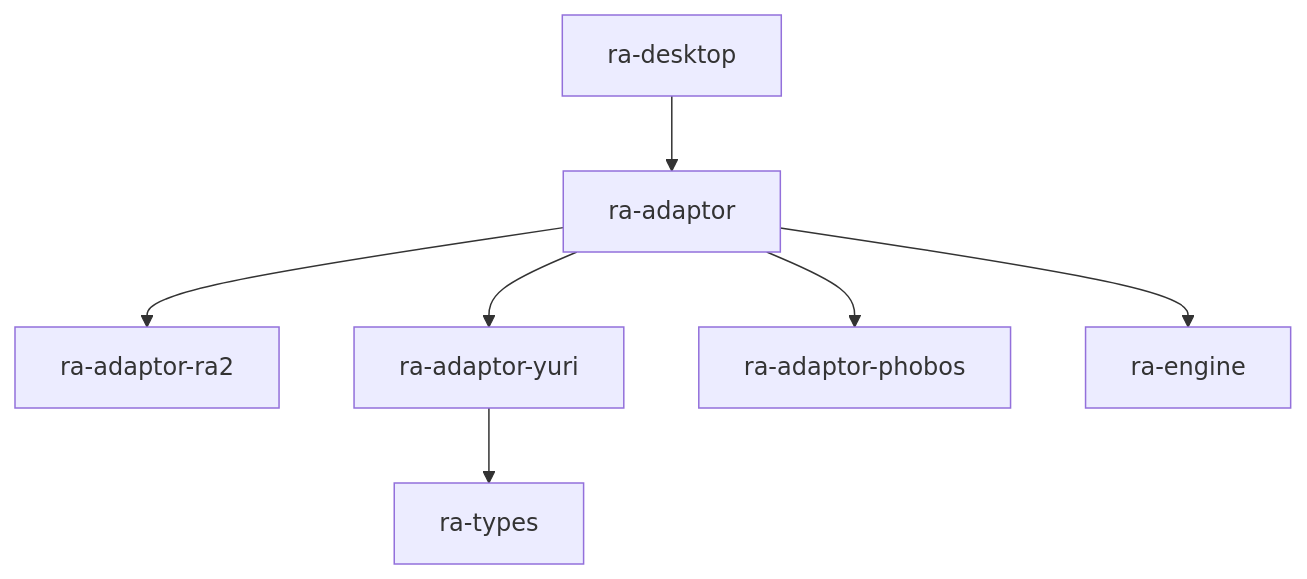
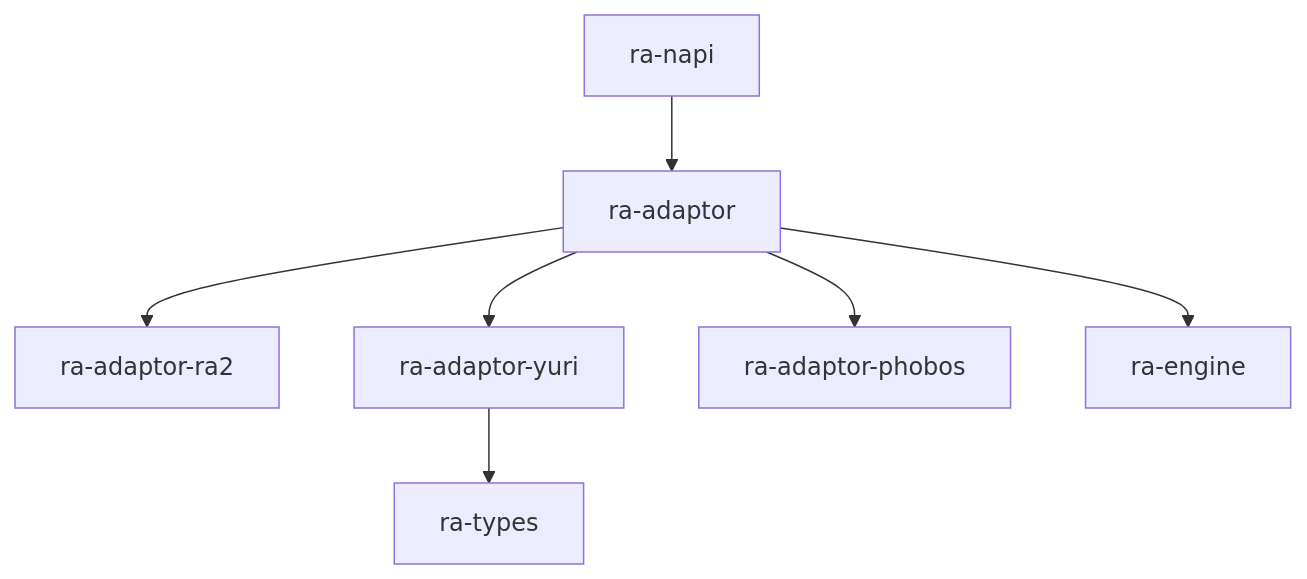
Before and after one commit to rust-alert/ra2.exe: the second of 3 diagrams in projects/adapters/ra-adaptor-yuri/readme.md, drawn with Mermaid. The commit also changed 14 other files, not shown here.

````diff
--- a/projects/adapters/ra-adaptor-yuri/readme.md
+++ b/projects/adapters/ra-adaptor-yuri/readme.md
@@ -33,17 +33,17 @@
 ```mermaid
 flowchart TB
   ad[ra-adaptor]
   ra2[ra-adaptor-ra2]
   yr[ra-adaptor-yuri]
   ph[ra-adaptor-phobos]
   types[ra-types]
-  desk[ra-desktop]
+  desk[ra-napi]
   eng[ra-engine]
 
   ad --> ra2
   ad --> yr
   ad --> ph
   yr --> types
   desk --> ad
   ad --> eng
 ```
````
